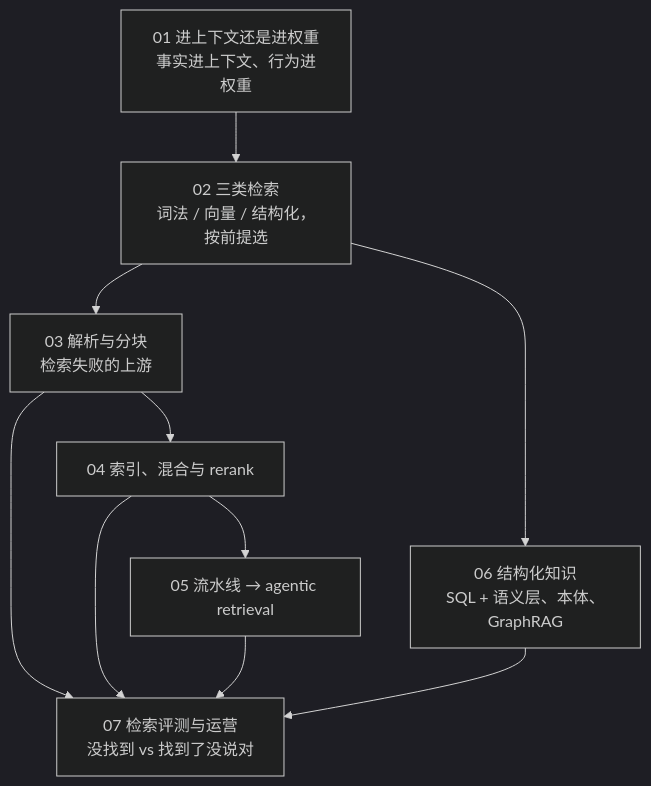
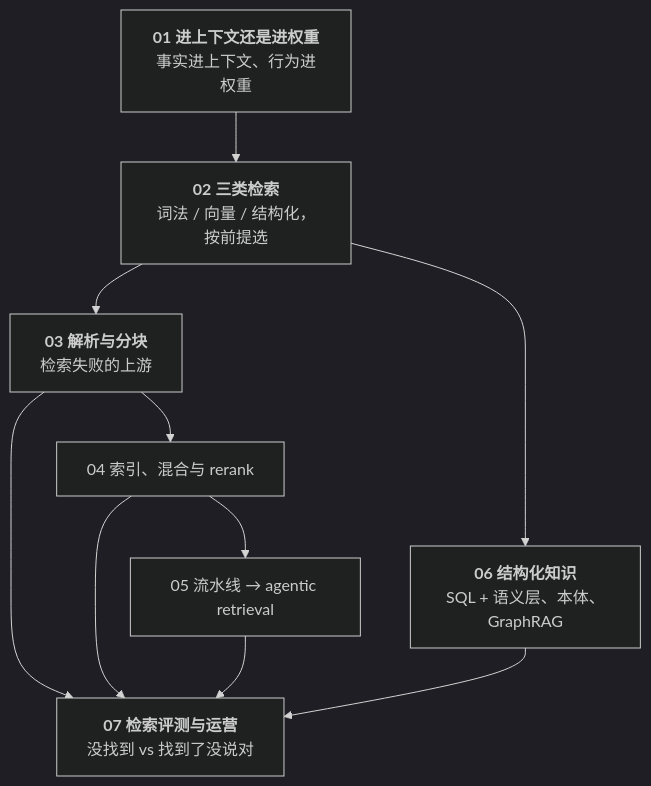
One commit to arganzheng/arganzheng.github.com changed the first of 4 diagrams in _posts/2026-10-19-retrieval-and-knowledge-series-recap-and-self-test.md. Above: the diagram before and after it, drawn with Mermaid (dark theme). The commit also changed other lines of this file and 7 other files, not shown here.

First line of the commit message:
检索与知识接入：私域知识怎么进入模型：Mermaid 多行方框的首行标为标题（8 篇）

````diff
--- a/_posts/2026-10-19-retrieval-and-knowledge-series-recap-and-self-test.md
+++ b/_posts/2026-10-19-retrieval-and-knowledge-series-recap-and-self-test.md
@@ -19,11 +19,11 @@
 ```mermaid
 %%{init: {"flowchart": {"wrappingWidth": 170}}}%%
 %% 图：检索与知识接入全景：决定路 → 选类型 → 流水线两段 → agentic → 结构化 → 评测运营
 flowchart TB
-    K1["01 进上下文还是进权重<br/>事实进上下文、行为进权重"] --> K2["02 三类检索<br/>词法 / 向量 / 结构化，按前提选"]
-    K2 --> K3["03 解析与分块<br/>检索失败的上游"] --> K4["04 索引、混合与 rerank"]
+    K1["<b>01 进上下文还是进权重</b><br/>事实进上下文、行为进权重"] --> K2["<b>02 三类检索</b><br/>词法 / 向量 / 结构化，按前提选"]
+    K2 --> K3["<b>03 解析与分块</b><br/>检索失败的上游"] --> K4["04 索引、混合与 rerank"]
     K4 --> K5["05 流水线 → agentic retrieval"]
-    K2 --> K6["06 结构化知识<br/>SQL + 语义层、本体、GraphRAG"]
-    K3 & K4 & K5 & K6 --> K7["07 检索评测与运营<br/>没找到 vs 找到了没说对"]
+    K2 --> K6["<b>06 结构化知识</b><br/>SQL + 语义层、本体、GraphRAG"]
+    K3 & K4 & K5 & K6 --> K7["<b>07 检索评测与运营</b><br/>没找到 vs 找到了没说对"]
 
 ```
````
